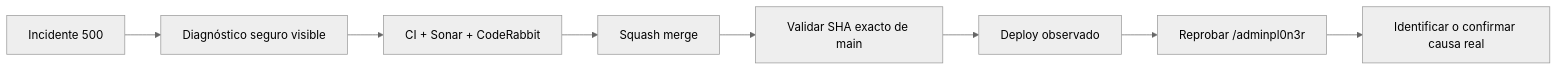
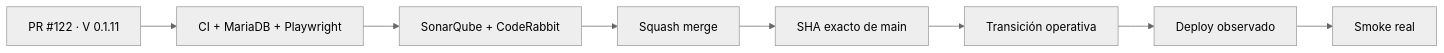
One commit to pl0n3r/Condor changed the diagram in README.md. Above: the diagram before and after it, drawn with Mermaid (neutral theme). The commit also changed other lines of this file and 46 other files, not shown here.

````diff
--- a/README.md
+++ b/README.md
@@ -64,10 +44,10 @@
 ```mermaid
 flowchart LR
-    A[Incidente 500] --> B[Diagnóstico seguro visible]
-    B --> C[CI + Sonar + CodeRabbit]
+    A[PR #122 · V 0.1.11] --> B[CI + MariaDB + Playwright]
+    B --> C[SonarQube + CodeRabbit]
     C --> D[Squash merge]
-    D --> E[Validar SHA exacto de main]
-    E --> F[Deploy observado]
-    F --> G[Reprobar /adminpl0n3r]
-    G --> H[Identificar o confirmar causa real]
+    D --> E[SHA exacto de main]
+    E --> F[Transición operativa]
+    F --> G[Deploy observado]
+    G --> H[Smoke real]
 ```
````
